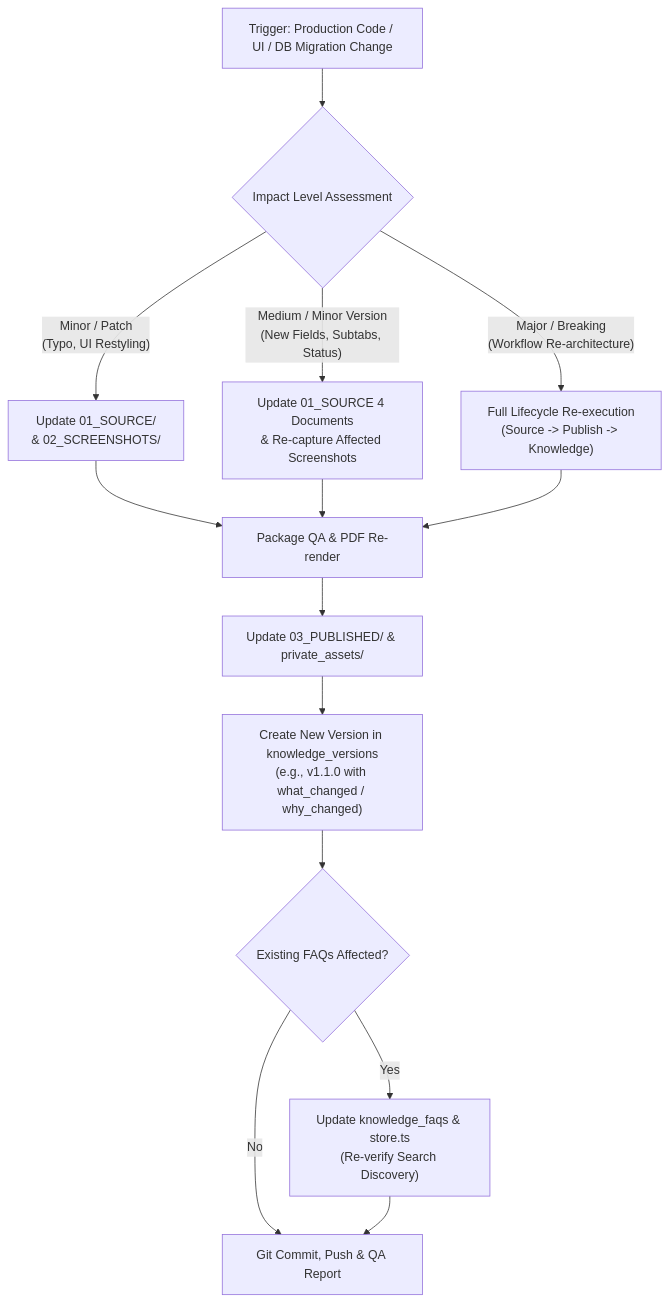
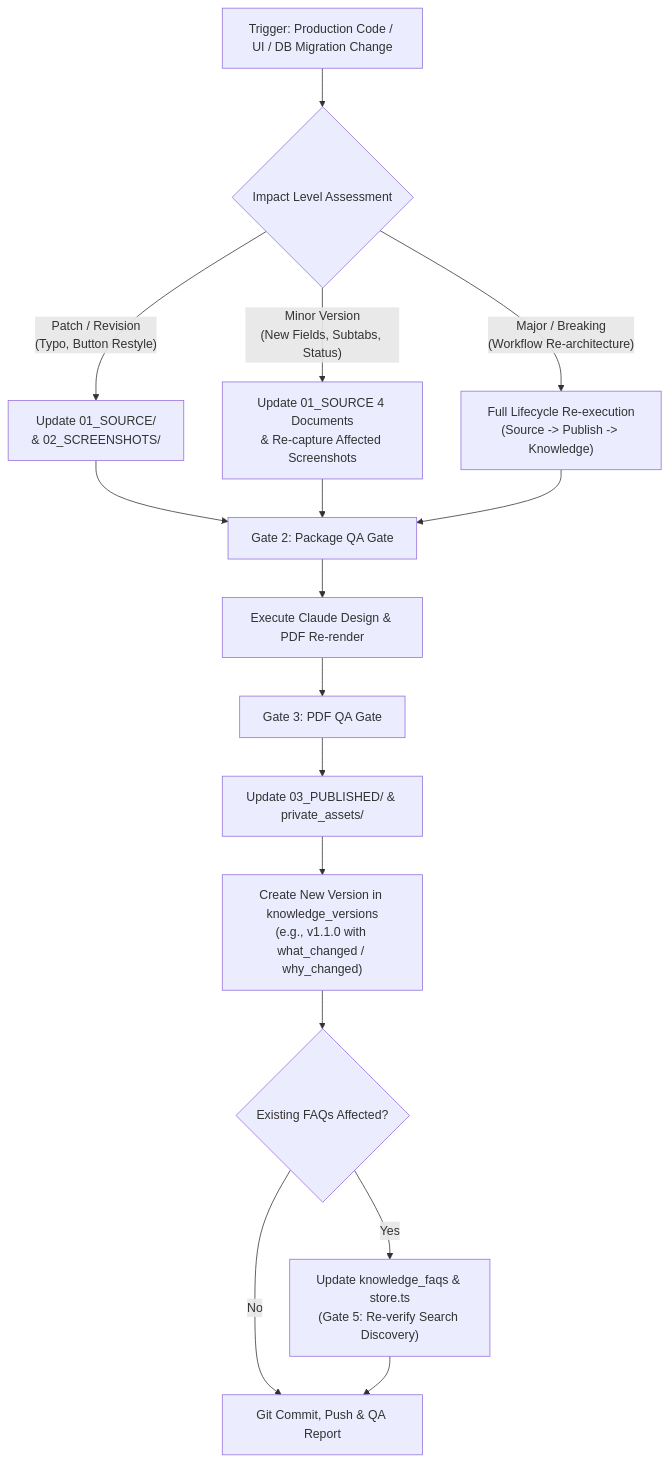
One commit to chaehahm-Kr/KBGP-Portal changed the second of 3 diagrams in Manuals/MAN-I-DOC-001_Manual-SOP/01_SOURCE/MAN-I-DOC-001_Workflow_Map.md. Above: the diagram before and after it, drawn with Mermaid. The commit also changed other lines of this file and 2 other files, not shown here.

Commit message:
docs(manuals): MAN-I-DOC-001-SRC-QA-001 canonical source QA and strict gate alignments

````diff
--- a/Manuals/MAN-I-DOC-001_Manual-SOP/01_SOURCE/MAN-I-DOC-001_Workflow_Map.md
+++ b/Manuals/MAN-I-DOC-001_Manual-SOP/01_SOURCE/MAN-I-DOC-001_Workflow_Map.md
@@ -121,19 +127,21 @@
 ```mermaid
 flowchart TD
     TRG["Trigger: Production Code / UI / DB Migration Change"] --> CHK{"Impact Level Assessment"}
     
-    CHK -- "Minor / Patch\n(Typo, UI Restyling)" --> P1["Update 01_SOURCE/\n& 02_SCREENSHOTS/"]
-    CHK -- "Medium / Minor Version\n(New Fields, Subtabs, Status)" --> P2["Update 01_SOURCE 4 Documents\n& Re-capture Affected Screenshots"]
+    CHK -- "Patch / Revision\n(Typo, Button Restyle)" --> P1["Update 01_SOURCE/\n& 02_SCREENSHOTS/"]
+    CHK -- "Minor Version\n(New Fields, Subtabs, Status)" --> P2["Update 01_SOURCE 4 Documents\n& Re-capture Affected Screenshots"]
     CHK -- "Major / Breaking\n(Workflow Re-architecture)" --> P3["Full Lifecycle Re-execution\n(Source -> Publish -> Knowledge)"]
 
-    P1 --> Q1["Package QA & PDF Re-render"]
+    P1 --> Q1["Gate 2: Package QA Gate"]
     P2 --> Q1
     P3 --> Q1
 
-    Q1 --> PUB["Update 03_PUBLISHED/ & private_assets/"]
+    Q1 --> DSN["Execute Claude Design & PDF Re-render"]
+    DSN --> Q2["Gate 3: PDF QA Gate"]
+    Q2 --> PUB["Update 03_PUBLISHED/ & private_assets/"]
     PUB --> KVER["Create New Version in knowledge_versions\n(e.g., v1.1.0 with what_changed / why_changed)"]
     KVER --> FAQ_REV{"Existing FAQs Affected?"}
-    FAQ_REV -- "Yes" --> FAQ_UPD["Update knowledge_faqs & store.ts\n(Re-verify Search Discovery)"]
+    FAQ_REV -- "Yes" --> FAQ_UPD["Update knowledge_faqs & store.ts\n(Gate 5: Re-verify Search Discovery)"]
     FAQ_REV -- "No" --> GIT["Git Commit, Push & QA Report"]
     FAQ_UPD --> GIT
 ```
````
